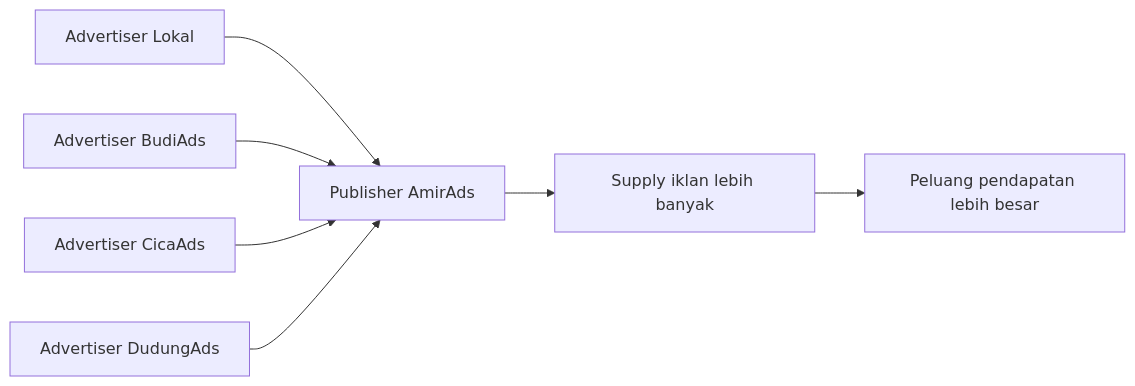
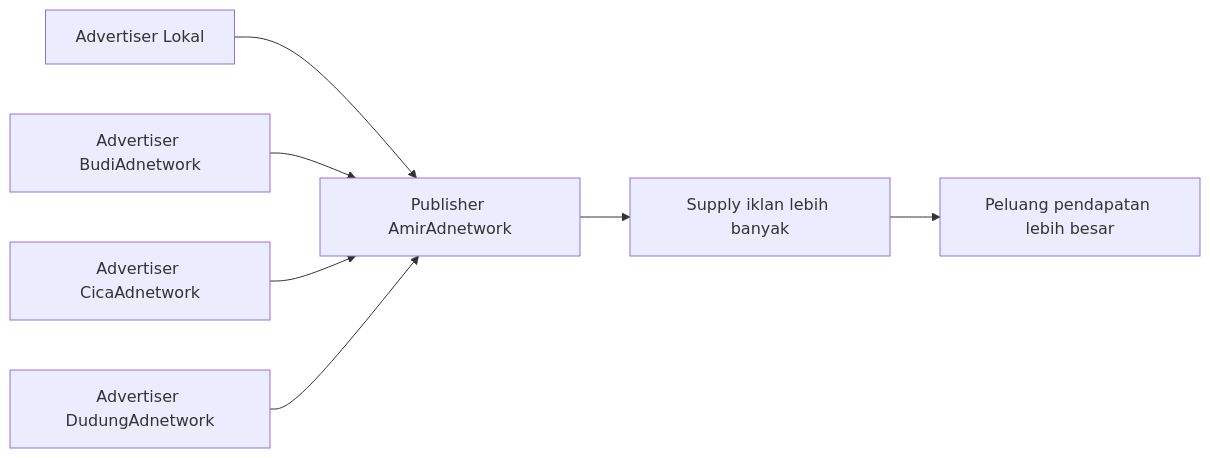
Before and after one commit to kukuhtw/kumpulblogger.com: the fourth of 8 diagrams in docs/FEDERASI_AD_NETWORK.md, drawn with Mermaid. The commit also changed other lines of this file, not shown here.

````diff
--- a/docs/FEDERASI_AD_NETWORK.md
+++ b/docs/FEDERASI_AD_NETWORK.md
@@ -102,10 +145,10 @@
 ```mermaid
 flowchart LR
-    LOCAL[Advertiser Lokal] --> PUB[Publisher AmirAds]
-    P1[Advertiser BudiAds] --> PUB
-    P2[Advertiser CicaAds] --> PUB
-    P3[Advertiser DudungAds] --> PUB
+    LOCAL[Advertiser Lokal] --> PUB[Publisher AmirAdnetwork]
+    P1[Advertiser BudiAdnetwork] --> PUB
+    P2[Advertiser CicaAdnetwork] --> PUB
+    P3[Advertiser DudungAdnetwork] --> PUB
 
     PUB --> RESULT[Supply iklan lebih banyak]
     RESULT --> REVENUE[Peluang pendapatan lebih besar]
 ```
````
